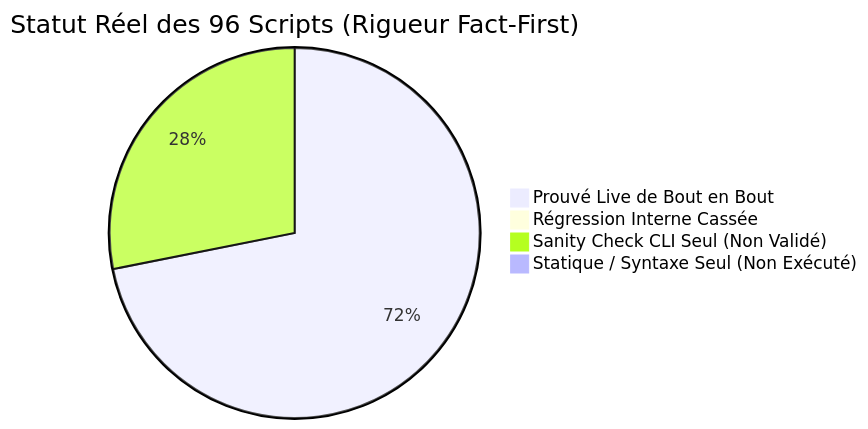
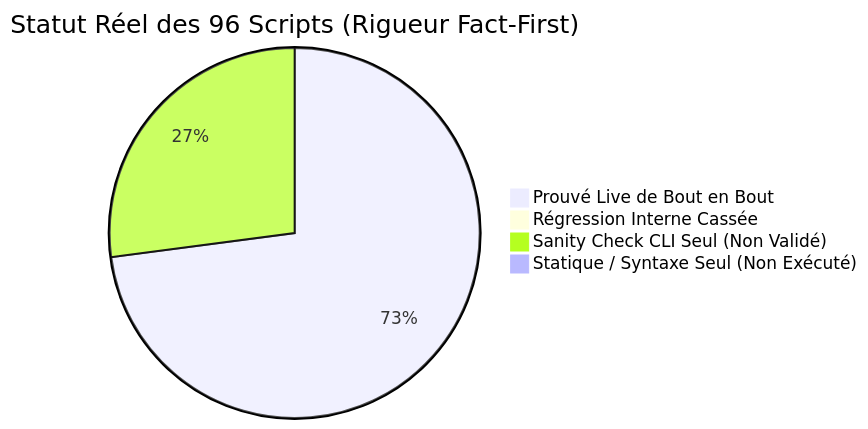
The diagram in docs/reference/2026-11-10-audit-exhaustif-scripts-regressions.md (yoyonel/pydbsrt), drawn with Mermaid before and after one commit. The commit also changed other lines of this file and 3 other files, not shown here.

First line of the commit message:
fix(benchmarks): dynamic root, complexity reduction and cli check option in eval media batch (#69)

````diff
--- a/docs/reference/2026-11-10-audit-exhaustif-scripts-regressions.md
+++ b/docs/reference/2026-11-10-audit-exhaustif-scripts-regressions.md
@@ -16,7 +16,7 @@
 ```mermaid
 pie title Statut Réel des 96 Scripts (Rigueur Fact-First)
-    "Prouvé Live de Bout en Bout" : 69
+    "Prouvé Live de Bout en Bout" : 70
     "Régression Interne Cassée" : 0
-    "Sanity Check CLI Seul (Non Validé)" : 27
+    "Sanity Check CLI Seul (Non Validé)" : 26
     "Statique / Syntaxe Seul (Non Exécuté)" : 0
 ```
````
